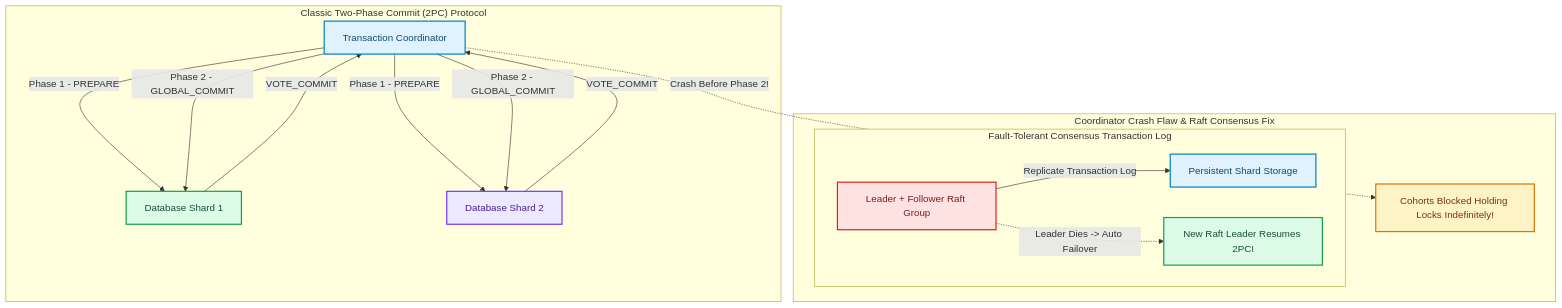
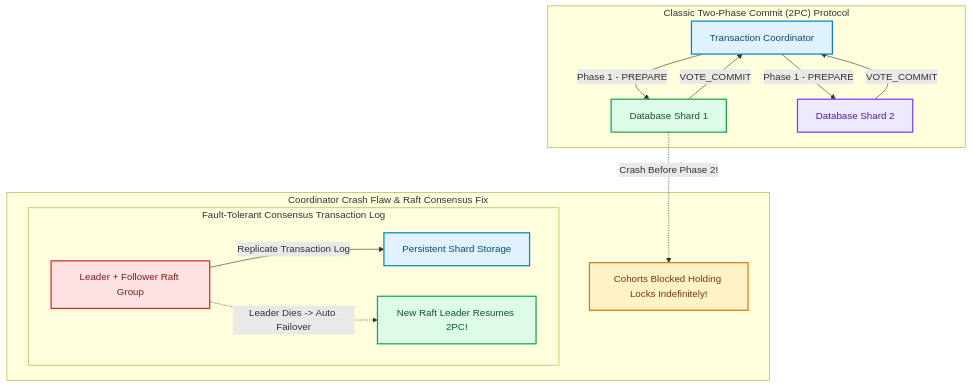
One commit to akmalkhaniub/akmalkhaniub.github.io changed the diagram in blog/posts/two-phase-commit-2pc-vs-3pc-paxos-raft-commit-logs.md. Above: the diagram before and after it, drawn with Mermaid. The commit also changed other lines of this file and 894 other files, not shown here.

Commit message:
feat(blog): upgrade all 444 posts with unique staggered dates, 2-col Mermaid spines, benchmark tables, code blocks, and trade-offs

````diff
--- a/blog/posts/two-phase-commit-2pc-vs-3pc-paxos-raft-commit-logs.md
+++ b/blog/posts/two-phase-commit-2pc-vs-3pc-paxos-raft-commit-logs.md
@@ -23,33 +23,31 @@
 ```mermaid
 flowchart TD
   subgraph SG1_ClassicTwoPhase ["Classic Two-Phase Commit (2PC) Protocol"]
     Coord["Transaction Coordinator"] -->|Phase 1 - PREPARE| Cohort1["Database Shard 1"]
     Coord -->|Phase 1 - PREPARE| Cohort2["Database Shard 2"]
     
     Cohort1 -->|VOTE_COMMIT| Coord
     Cohort2 -->|VOTE_COMMIT| Coord
     
-    Coord -->|Phase 2 - GLOBAL_COMMIT| Cohort1
-    Coord -->|Phase 2 - GLOBAL_COMMIT| Cohort2
   end
   
   subgraph SG2_CoordinatorCrashFlaw ["Coordinator Crash Flaw & Raft Consensus Fix"]
-    Coord -.->|Crash Before Phase 2!| Blocked[" Cohorts Blocked Holding Locks Indefinitely!"]
+    Cohort1 -.-> |Crash Before Phase 2!| Blocked[" Cohorts Blocked Holding Locks Indefinitely!"]
     
     subgraph SG3_FaultTolerantConsensus ["Fault-Tolerant Consensus Transaction Log"]
       RaftGroup["Leader + Follower Raft Group"] -->|Replicate Transaction Log| Storage["Persistent Shard Storage"]
       RaftGroup -.->|Leader Dies -> Auto Failover| NewLeader["New Raft Leader Resumes 2PC!"]
     end
   end
 
 classDef green fill:#dcfce7,stroke:#16a34a,stroke-width:2px,color:#14532d;
 classDef red fill:#fee2e2,stroke:#dc2626,stroke-width:2px,color:#7f1d1d;
 classDef blue fill:#e0f2fe,stroke:#0284c7,stroke-width:2px,color:#0c4a6e;
 classDef yellow fill:#fef3c7,stroke:#d97706,stroke-width:2px,color:#78350f;
 classDef purple fill:#ede9fe,stroke:#7c3aed,stroke-width:2px,color:#4c1d95;
 class Coord,Storage blue
 class Cohort1,NewLeader green
 class Cohort2 purple
 class Blocked yellow
 class RaftGroup red
 ```
````
